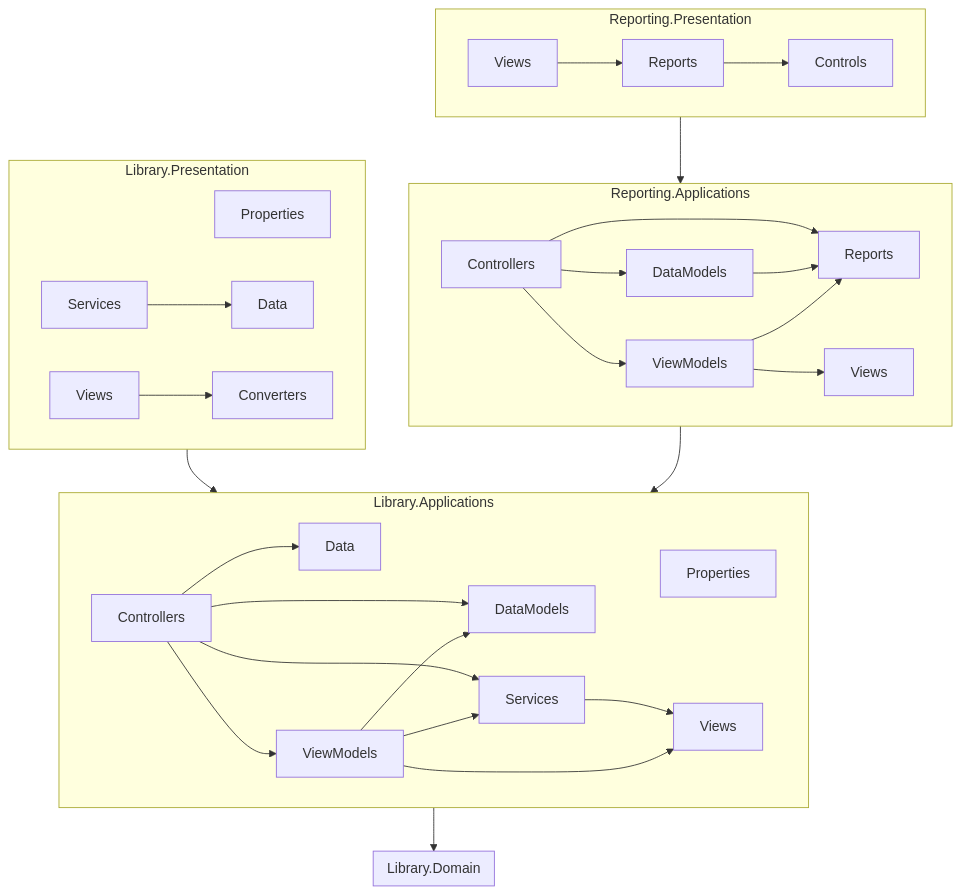
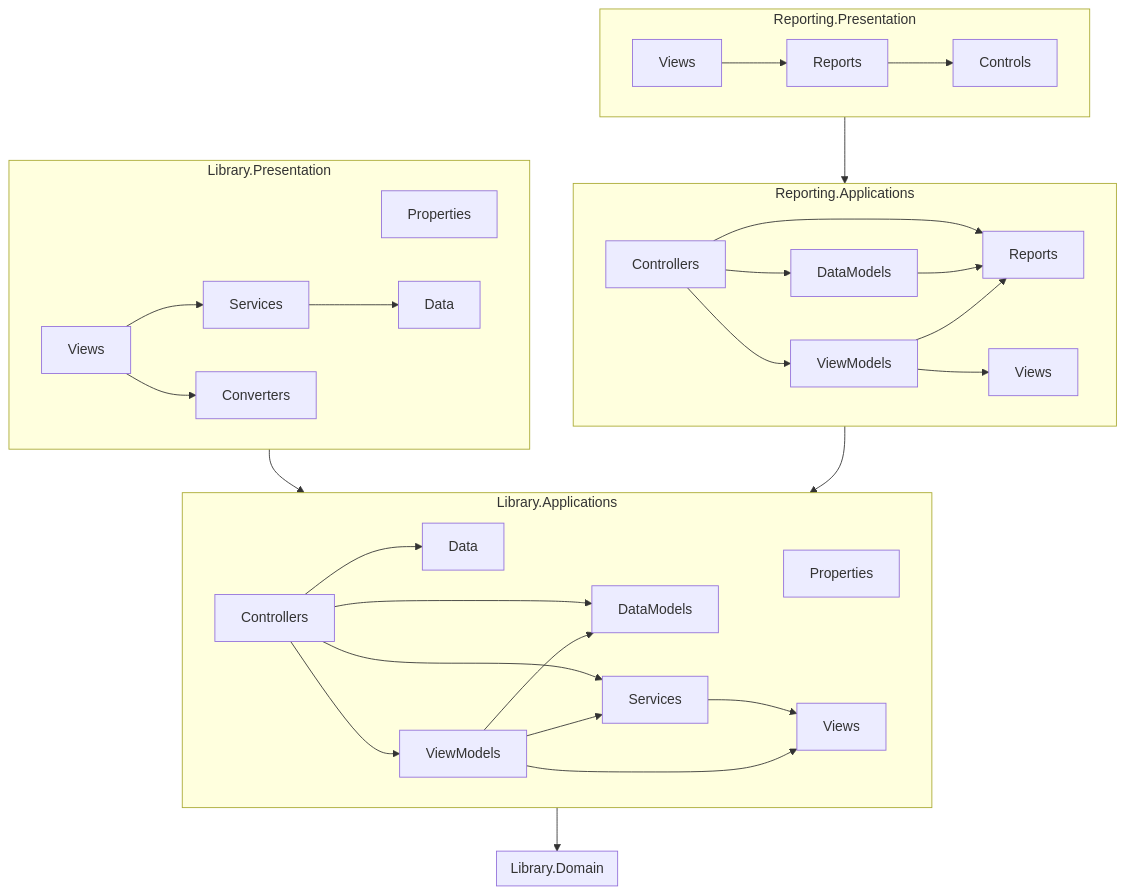
Before and after one commit to jbe2277/waf: the diagram in src/System.Waf/Samples/BookLibrary/Architecture.md, drawn with Mermaid. The commit also changed 19 other files, not shown here.

````diff
--- a/src/System.Waf/Samples/BookLibrary/Architecture.md
+++ b/src/System.Waf/Samples/BookLibrary/Architecture.md
@@ -5,69 +5,70 @@
 ```mermaid
 flowchart TB
 
   subgraph LP["Library.Presentation"]
     direction LR
     LP_P["Properties"]
     LP_C["Converters"]
     LP_D["Data"]
     LP_S["Services"]
     LP_V["Views"]
   end
 
   subgraph LA["Library.Applications"]
     direction LR
     LA_P["Properties"]
     LA_C["Controllers"]
     LA_D["Data"]
     LA_DM["DataModels"]
     LA_S["Services"]
     LA_VM["ViewModels"]
     LA_V["Views"]
   end
 
   subgraph D["Library.Domain"]
   end
 
   subgraph RP["Reporting.Presentation"]
     direction LR
     RP_CT["Controls"]
     RP_R["Reports"]
     RP_V["Views"]
   end
 
   subgraph RA["Reporting.Applications"]
     direction LR
     RA_C["Controllers"]
     RA_DM["DataModels"]
     RA_R["Reports"]
     RA_VM["ViewModels"]
     RA_V["Views"]
   end
 
   LP --> LA
   LA --> D
   RP --> RA
   RA --> LA
 
   LP_S --> LP_D
   LP_V --> LP_C
+  LP_V --> LP_S
 
   LA_C --> LA_D
   LA_C --> LA_DM
   LA_C --> LA_S
   LA_C --> LA_VM
   LA_S --> LA_V
   LA_VM --> LA_DM
   LA_VM --> LA_S
   LA_VM --> LA_V
 
   RA_C --> RA_DM
   RA_C --> RA_R
   RA_C --> RA_VM
   RA_DM --> RA_R
   RA_VM --> RA_R
   RA_VM --> RA_V
 
   RP_R --> RP_CT
   RP_V --> RP_R
 ```
````
